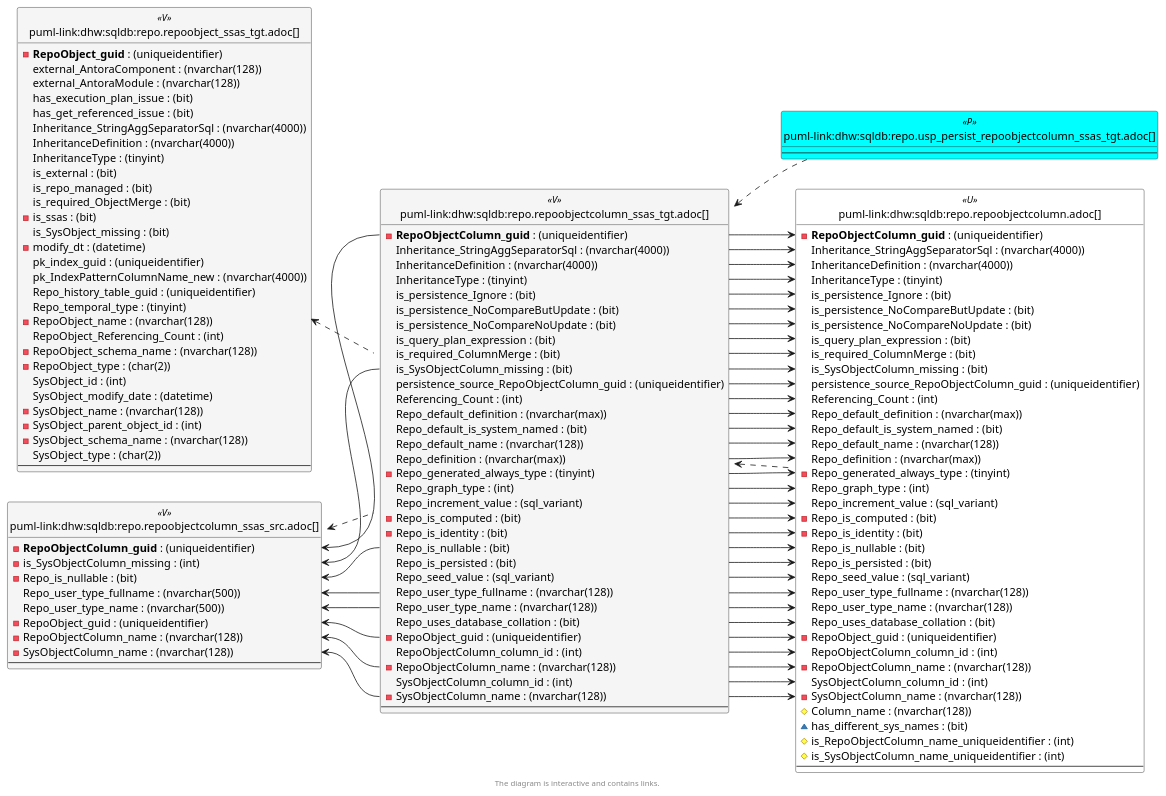
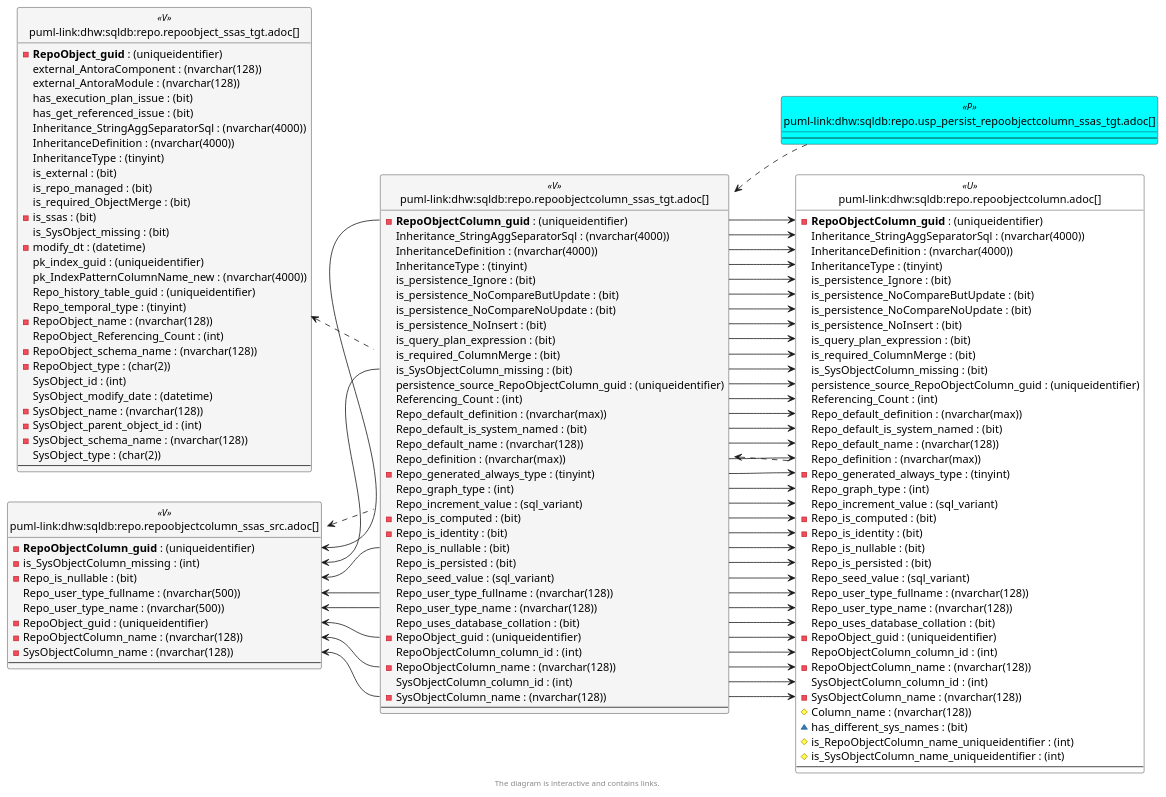
One commit to DataHandwerk/dhw-antora-sqldb changed the sixth of 6 diagrams in docs/modules/sqldb/partials/content/repo.repoobjectcolumn_ssas_tgt.adoc. Above: the diagram before and after it, drawn with PlantUML. The commit also changed other lines of this file and 701 other files, not shown here.

```diff
--- a/docs/modules/sqldb/partials/content/repo.repoobjectcolumn_ssas_tgt.adoc
+++ b/docs/modules/sqldb/partials/content/repo.repoobjectcolumn_ssas_tgt.adoc
@@ -3373,6 +3425,7 @@
   is_persistence_Ignore : (bit)
   is_persistence_NoCompareButUpdate : (bit)
   is_persistence_NoCompareNoUpdate : (bit)
+  is_persistence_NoInsert : (bit)
   is_query_plan_expression : (bit)
   is_required_ColumnMerge : (bit)
   is_SysObjectColumn_missing : (bit)
@@ -3425,6 +3478,7 @@
   is_persistence_Ignore : (bit)
   is_persistence_NoCompareButUpdate : (bit)
   is_persistence_NoCompareNoUpdate : (bit)
+  is_persistence_NoInsert : (bit)
   is_query_plan_expression : (bit)
   is_required_ColumnMerge : (bit)
   is_SysObjectColumn_missing : (bit)
@@ -3467,6 +3521,7 @@
 "repo.RepoObjectColumn::is_persistence_Ignore" <-- "repo.RepoObjectColumn_SSAS_tgt::is_persistence_Ignore"
 "repo.RepoObjectColumn::is_persistence_NoCompareButUpdate" <-- "repo.RepoObjectColumn_SSAS_tgt::is_persistence_NoCompareButUpdate"
 "repo.RepoObjectColumn::is_persistence_NoCompareNoUpdate" <-- "repo.RepoObjectColumn_SSAS_tgt::is_persistence_NoCompareNoUpdate"
+"repo.RepoObjectColumn::is_persistence_NoInsert" <-- "repo.RepoObjectColumn_SSAS_tgt::is_persistence_NoInsert"
 "repo.RepoObjectColumn::is_query_plan_expression" <-- "repo.RepoObjectColumn_SSAS_tgt::is_query_plan_expression"
 "repo.RepoObjectColumn::is_required_ColumnMerge" <-- "repo.RepoObjectColumn_SSAS_tgt::is_required_ColumnMerge"
 "repo.RepoObjectColumn::is_SysObjectColumn_missing" <-- "repo.RepoObjectColumn_SSAS_tgt::is_SysObjectColumn_missing"
```
